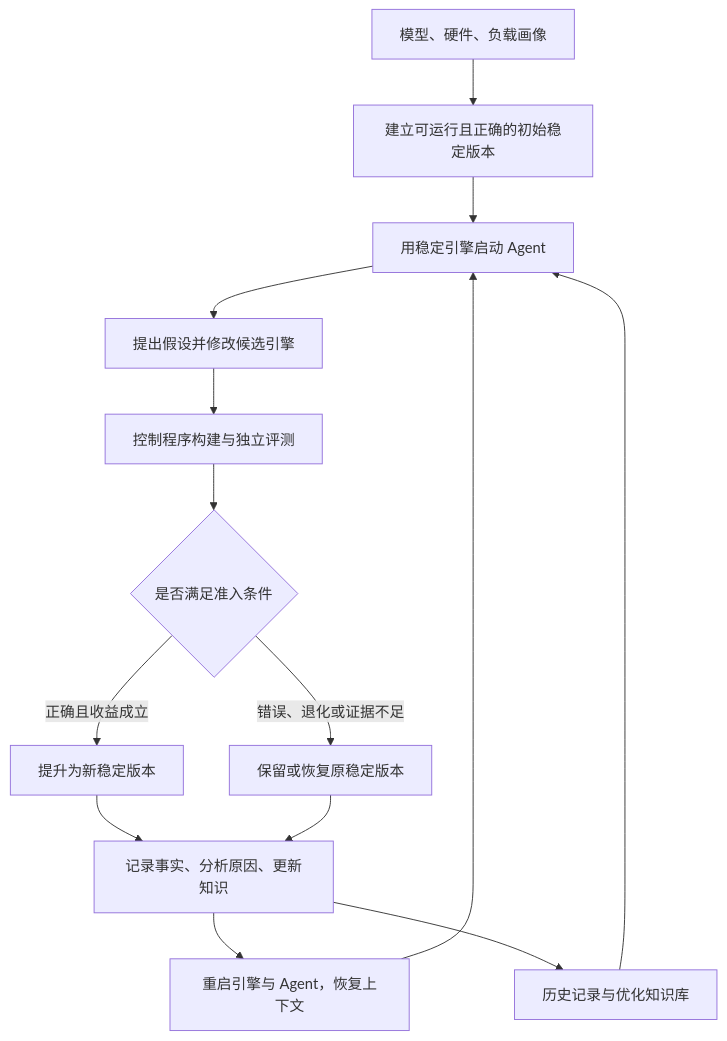
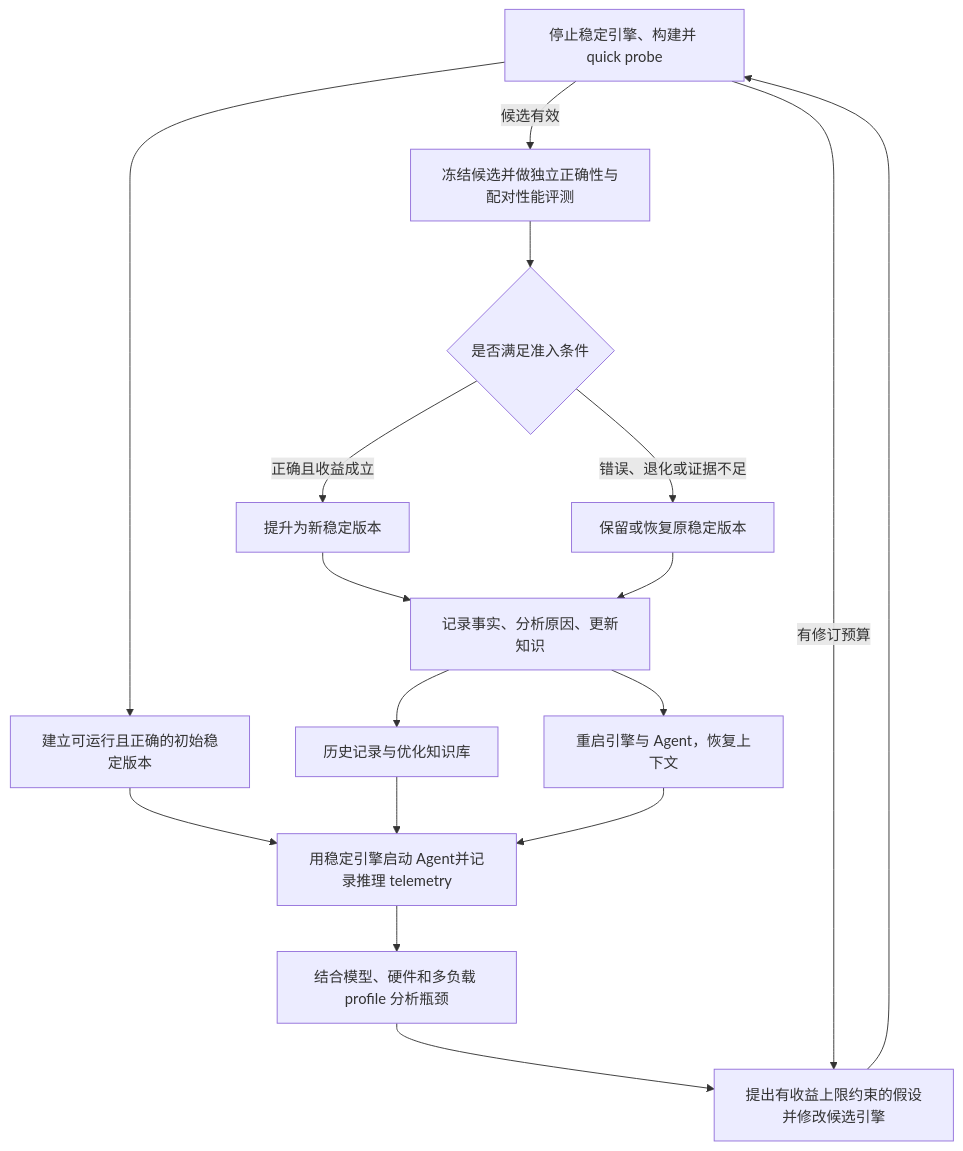
Before and after one commit to Moonandstar051028/VibeForge: the diagram in docs/README.md, drawn with Mermaid. The commit also changed other lines of this file and 153 other files, not shown here.

````diff
--- a/docs/README.md
+++ b/docs/README.md
@@ -20,16 +20,19 @@
 ```mermaid
 flowchart TD
     P[模型、硬件、负载画像] --> B[建立可运行且正确的初始稳定版本]
-    B --> A[用稳定引擎启动 Agent]
+    B --> A[用稳定引擎启动 Agent并记录推理 telemetry]
     K[历史记录与优化知识库] --> A
-    A --> H[提出假设并修改候选引擎]
-    H --> T[控制程序构建与独立评测]
+    A --> O[结合模型、硬件和多负载 profile 分析瓶颈]
+    O --> H[提出有收益上限约束的假设并修改候选引擎]
+    H --> P[停止稳定引擎、构建并 quick probe]
+    P -->|有修订预算| H
+    P -->|候选有效| T[冻结候选并做独立正确性与配对性能评测]
     T --> D{是否满足准入条件}
     D -->|正确且收益成立| C[提升为新稳定版本]
     D -->|错误、退化或证据不足| R[保留或恢复原稳定版本]
     C --> L[记录事实、分析原因、更新知识]
     R --> L
     L --> N[重启引擎与 Agent，恢复上下文]
     N --> A
     L --> K
 ```
````
